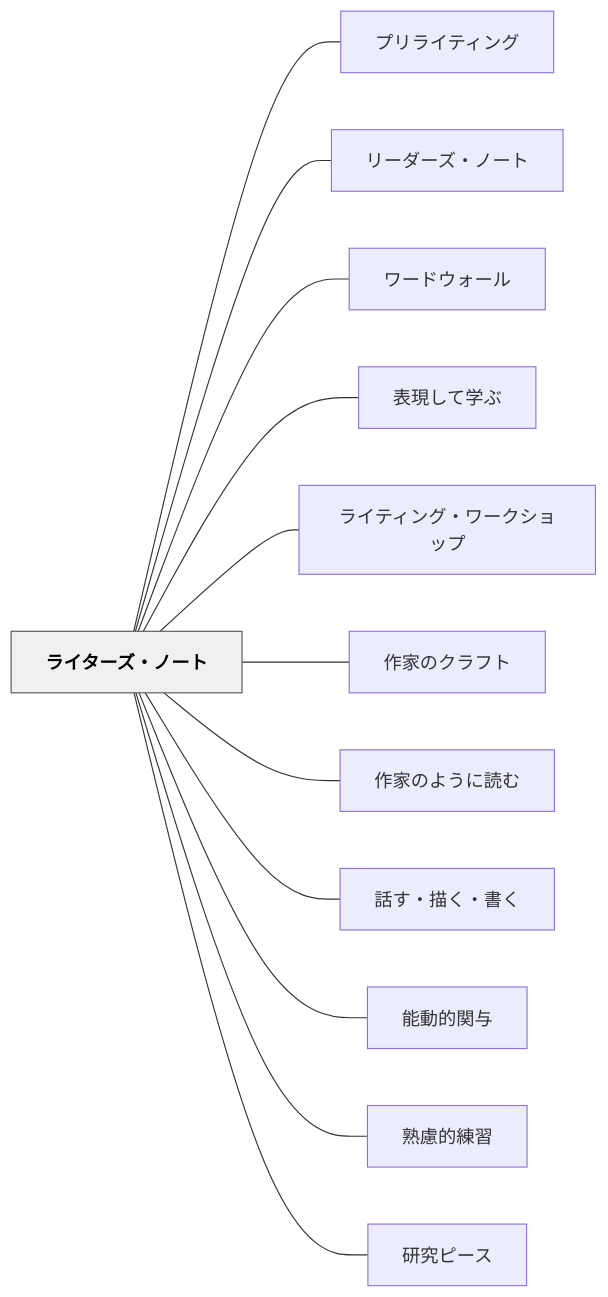
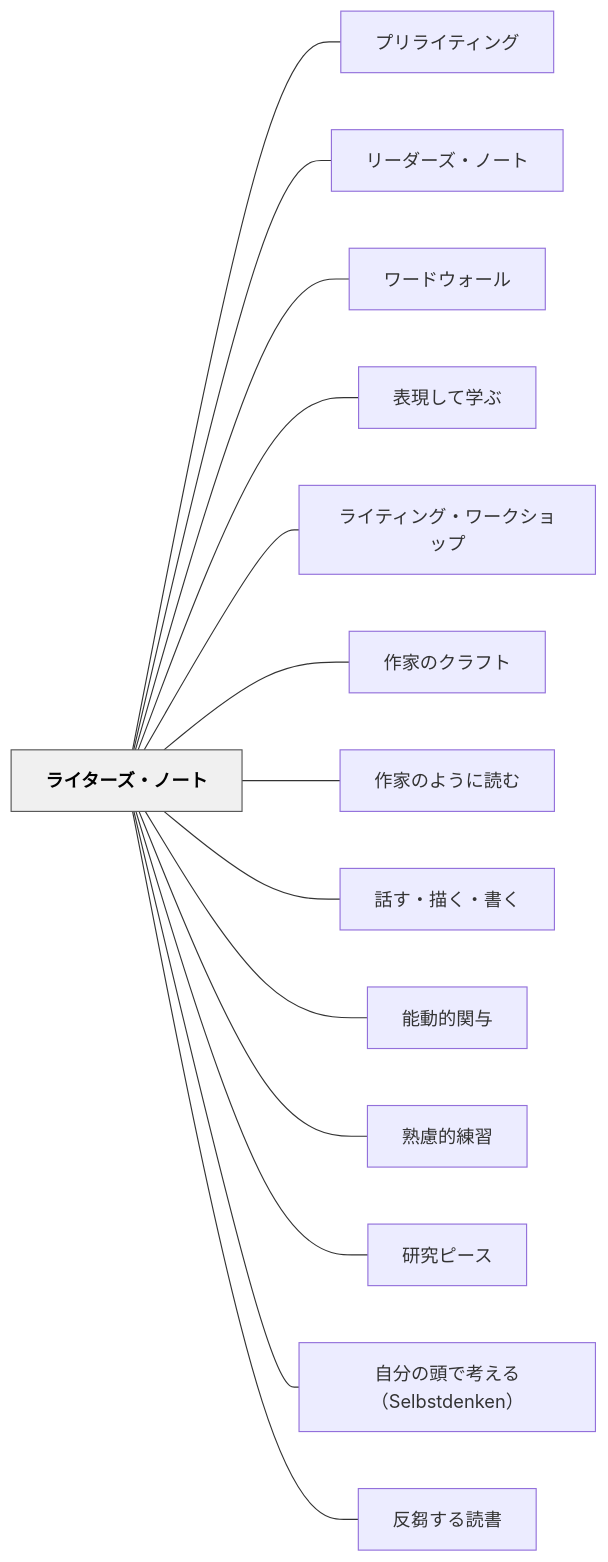
The diagram in content/パタン/ライターズ・ノート.md (unknownthings-ed-patterns/unknownthings-ed-patterns), drawn with Mermaid before and after one commit. The commit also changed other lines of this file and 12 other files, not shown here.

````diff
--- a/content/パタン/ライターズ・ノート.md
+++ b/content/パタン/ライターズ・ノート.md
@@ -242,30 +254,34 @@
 ```mermaid
 flowchart LR
     ne383a9e382a4e382bfe383bce382bae383bbe3838ee383bce38388["ライターズ・ノート"]
     ne38397e383aae383a9e382a4e38386e382a3e383b3e382b0["プリライティング"]
     ne383aae383bce38380e383bce382bae383bbe3838ee383bce38388["リーダーズ・ノート"]
     ne383afe383bce38389e382a6e382a9e383bce383ab["ワードウォール"]
     ne8a1a8e78fbee38197e381a6e5ada6e381b6["表現して学ぶ"]
     ne383a9e382a4e38386e382a3e383b3e382b0e383bbe383afe383bce382afe382b7e383a7e38383e38397["ライティング・ワークショップ"]
     ne4bd9ce5aeb6e381aee382afe383a9e38395e38388["作家のクラフト"]
     ne4bd9ce5aeb6e381aee38288e38186e381abe8aaade38280["作家のように読む"]
     ne8a9b1e38199e383bbe68f8fe3818fe383bbe69bb8e3818f["話す・描く・書く"]
     ne883bde58b95e79a84e996a2e4b88e["能動的関与"]
     ne7869fe685aee79a84e7b7b4e7bf92["熟慮的練習"]
     ne7a094e7a9b6e38394e383bce382b9["研究ピース"]
+    ne887aae58886e381aee9a0ade381a7e88083e38188e3828befbc8853656c62737464656e6b656eefbc89["自分の頭で考える（Selbstdenken）"]
+    ne58f8de88abbe38199e3828be8aaade69bb8["反芻する読書"]
 
     ne383a9e382a4e382bfe383bce382bae383bbe3838ee383bce38388 --- ne38397e383aae383a9e382a4e38386e382a3e383b3e382b0
     ne383a9e382a4e382bfe383bce382bae383bbe3838ee383bce38388 --- ne383aae383bce38380e383bce382bae383bbe3838ee383bce38388
     ne383a9e382a4e382bfe383bce382bae383bbe3838ee383bce38388 --- ne383afe383bce38389e382a6e382a9e383bce383ab
     ne383a9e382a4e382bfe383bce382bae383bbe3838ee383bce38388 --- ne8a1a8e78fbee38197e381a6e5ada6e381b6
     ne383a9e382a4e382bfe383bce382bae383bbe3838ee383bce38388 --- ne383a9e382a4e38386e382a3e383b3e382b0e383bbe383afe383bce382afe382b7e383a7e38383e38397
     ne383a9e382a4e382bfe383bce382bae383bbe3838ee383bce38388 --- ne4bd9ce5aeb6e381aee382afe383a9e38395e38388
     ne383a9e382a4e382bfe383bce382bae383bbe3838ee383bce38388 --- ne4bd9ce5aeb6e381aee38288e38186e381abe8aaade38280
     ne383a9e382a4e382bfe383bce382bae383bbe3838ee383bce38388 --- ne8a9b1e38199e383bbe68f8fe3818fe383bbe69bb8e3818f
     ne383a9e382a4e382bfe383bce382bae383bbe3838ee383bce38388 --- ne883bde58b95e79a84e996a2e4b88e
     ne383a9e382a4e382bfe383bce382bae383bbe3838ee383bce38388 --- ne7869fe685aee79a84e7b7b4e7bf92
     ne383a9e382a4e382bfe383bce382bae383bbe3838ee383bce38388 --- ne7a094e7a9b6e38394e383bce382b9
+    ne383a9e382a4e382bfe383bce382bae383bbe3838ee383bce38388 --- ne887aae58886e381aee9a0ade381a7e88083e38188e3828befbc8853656c62737464656e6b656eefbc89
+    ne383a9e382a4e382bfe383bce382bae383bbe3838ee383bce38388 --- ne58f8de88abbe38199e3828be8aaade69bb8
 
     classDef hub fill:#f0f0f0,stroke:#555,color:#000,font-weight:bold
     class ne383a9e382a4e382bfe383bce382bae383bbe3838ee383bce38388 hub
 ```
````
